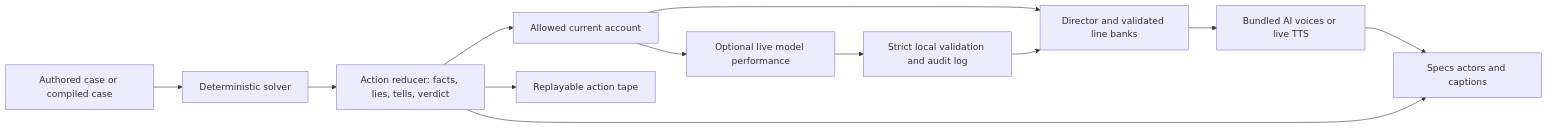
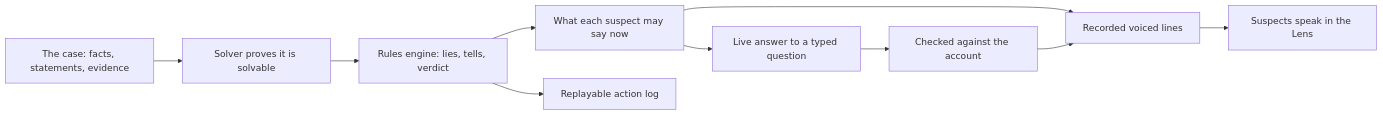
Before and after one commit to theBlackfish01/roomscript: the diagram in README.md, drawn with Mermaid. The commit also changed other lines of this file and 9 other files, not shown here.

````diff
--- a/README.md
+++ b/README.md
@@ -28,14 +37,12 @@
 ```mermaid
 flowchart LR
-  Case[Authored case or compiled case] --> Solver[Deterministic solver]
-  Solver --> Engine[Action reducer: facts, lies, tells, verdict]
-  Engine --> Sheet[Allowed current account]
-  Sheet --> Director[Director and validated line banks]
-  Sheet --> Live[Optional live model performance]
-  Live --> Guard[Strict local validation and audit log]
-  Guard --> Director
-  Director --> Voice[Bundled AI voices or live TTS]
-  Voice --> Lens[Specs actors and captions]
-  Engine --> Lens
-  Engine --> Tape[Replayable action tape]
+  Case[The case: facts, statements, evidence] --> Solver[Solver proves it is solvable]
+  Solver --> Engine[Rules engine: lies, tells, verdict]
+  Engine --> Account[What each suspect may say now]
+  Account --> Lines[Recorded voiced lines]
+  Account --> Live[Live answer to a typed question]
+  Live --> Check[Checked against the account]
+  Check --> Lines
+  Lines --> Lens[Suspects speak in the Lens]
+  Engine --> Tape[Replayable action log]
 ```
````
